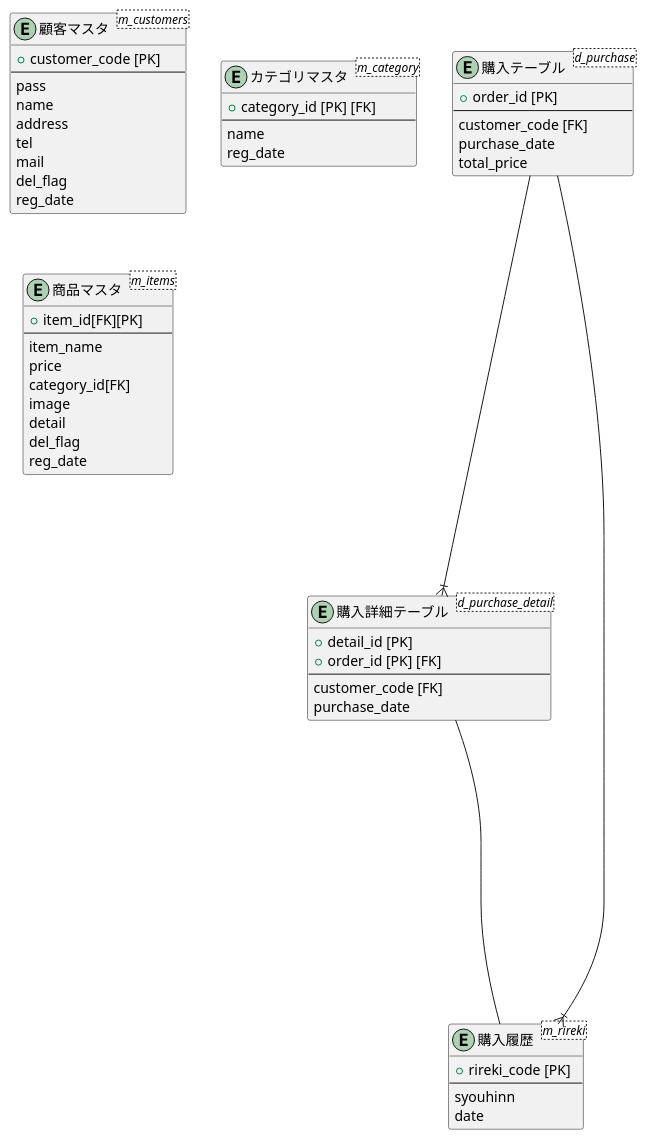
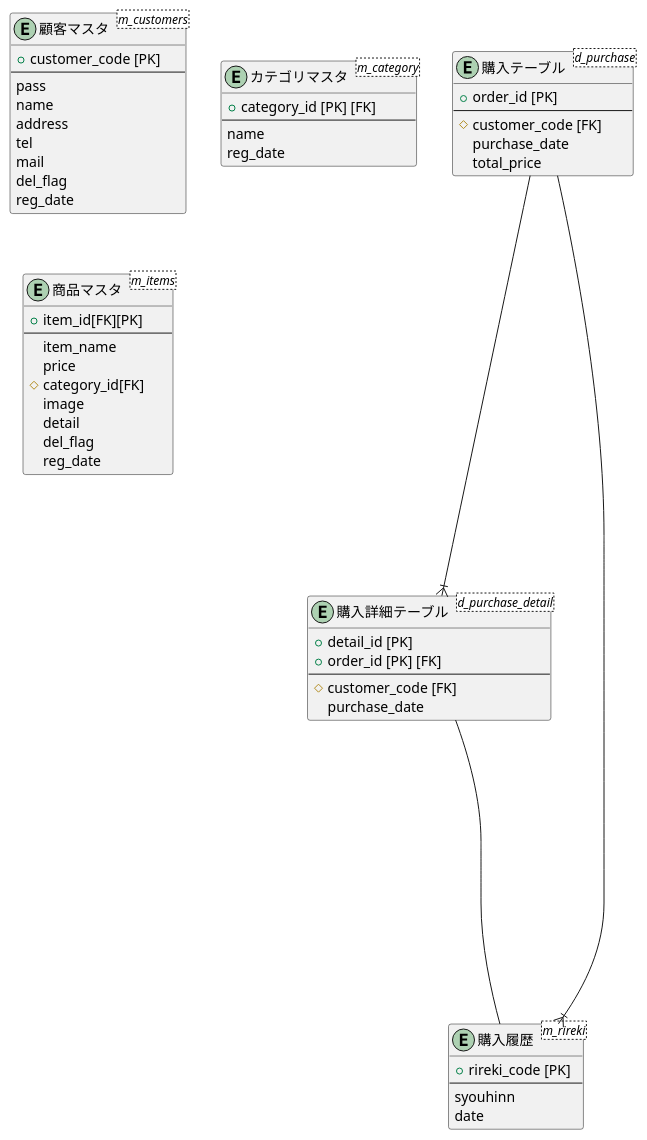
Before and after one commit to aso2001036/2021sys-design: the diagram in db/original/ER.md, drawn with PlantUML.

````diff
--- a/db/original/ER.md
+++ b/db/original/ER.md
@@ -1,61 +1,61 @@
 ```puml
 @startuml
 entity "購入テーブル" as purchase <d_purchase> {
 + order_id [PK]
 --
-customer_code [FK]
+# customer_code [FK]
 purchase_date
 total_price
 }
 
 entity "購入詳細テーブル" as purcher_detail <d_purchase_detail> {
 + detail_id [PK]
 + order_id [PK] [FK]
 --
-customer_code [FK]
+# customer_code [FK]
 purchase_date
 }
 
 entity "顧客マスタ" as customer <m_customers> {
 + customer_code [PK]
 --
 pass
 name
 address
 tel
 mail
 del_flag
 reg_date
 }
 
 entity "購入履歴" as rireki <m_rireki> {
 + rireki_code [PK]
 --
 syouhinn
 date
 }
 
 entity "カテゴリマスタ" as category <m_category> {
 + category_id [PK] [FK]
 --
 name
 reg_date
 }
 
 entity "商品マスタ" as items <m_items> {
 + item_id[FK][PK]
 --
 item_name
 price
-category_id[FK]
+# category_id[FK]
 image
 detail
 del_flag
 reg_date
 }
 
 purchase ----|{ purcher_detail
 purchase ----|{ rireki
 purcher_detail ------ rireki
 @enduml
 ```
````
